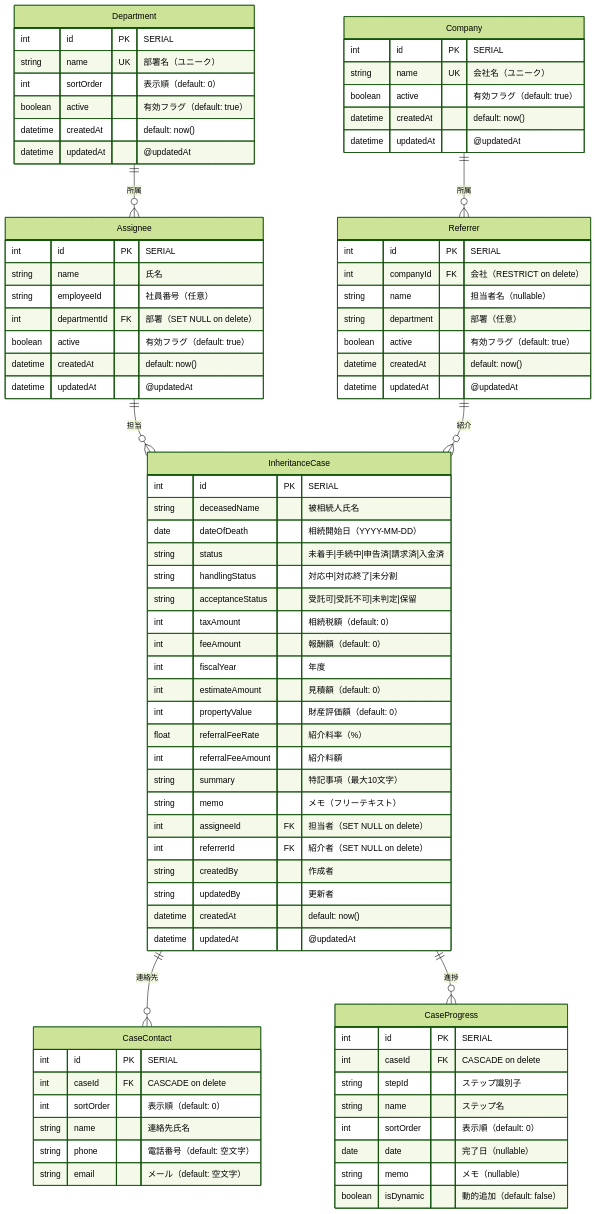
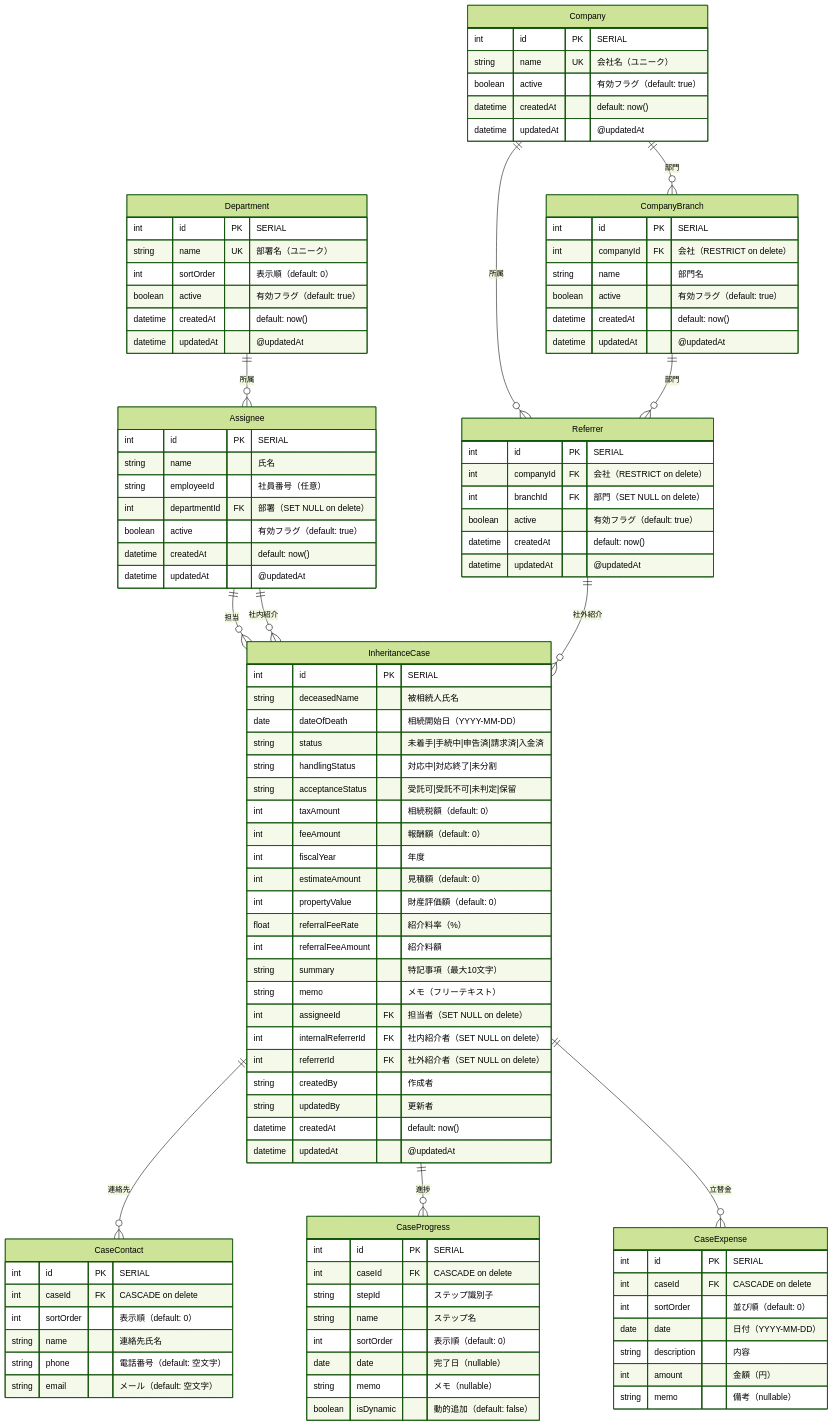
One commit to kojima1978/tax_apps changed the diagram in apps/inheritance-case-management/docs/database_schema.md. Above: the diagram before and after it, drawn with Mermaid (forest theme). The commit also changed other lines of this file and 24 other files, not shown here.

First line of the commit message:
feat(itcm): Referrer.department正規化 — CompanyBranchマスタテーブル追加

````diff
--- a/apps/inheritance-case-management/docs/database_schema.md
+++ b/apps/inheritance-case-management/docs/database_schema.md
@@ -5,11 +5,15 @@
 ```mermaid
 erDiagram
     Department ||--o{ Assignee : "所属"
+    Company ||--o{ CompanyBranch : "部門"
     Company ||--o{ Referrer : "所属"
+    CompanyBranch ||--o{ Referrer : "部門"
     Assignee ||--o{ InheritanceCase : "担当"
-    Referrer ||--o{ InheritanceCase : "紹介"
+    Assignee ||--o{ InheritanceCase : "社内紹介"
+    Referrer ||--o{ InheritanceCase : "社外紹介"
     InheritanceCase ||--o{ CaseContact : "連絡先"
     InheritanceCase ||--o{ CaseProgress : "進捗"
+    InheritanceCase ||--o{ CaseExpense : "立替金"
 
     Department {
         int id PK "SERIAL"
@@ -28,6 +32,15 @@
         datetime updatedAt "@updatedAt"
     }
 
+    CompanyBranch {
+        int id PK "SERIAL"
+        int companyId FK "会社（RESTRICT on delete）"
+        string name "部門名"
+        boolean active "有効フラグ（default: true）"
+        datetime createdAt "default: now()"
+        datetime updatedAt "@updatedAt"
+    }
+
     Assignee {
         int id PK "SERIAL"
         string name "氏名"
@@ -41,8 +54,7 @@
     Referrer {
         int id PK "SERIAL"
         int companyId FK "会社（RESTRICT on delete）"
-        string name "担当者名（nullable）"
-        string department "部署（任意）"
+        int branchId FK "部門（SET NULL on delete）"
         boolean active "有効フラグ（default: true）"
         datetime createdAt "default: now()"
         datetime updatedAt "@updatedAt"
@@ -65,7 +77,8 @@
         string summary "特記事項（最大10文字）"
         string memo "メモ（フリーテキスト）"
         int assigneeId FK "担当者（SET NULL on delete）"
-        int referrerId FK "紹介者（SET NULL on delete）"
+        int internalReferrerId FK "社内紹介者（SET NULL on delete）"
+        int referrerId FK "社外紹介者（SET NULL on delete）"
         string createdBy "作成者"
         string updatedBy "更新者"
         datetime createdAt "default: now()"
@@ -91,4 +104,14 @@
         string memo "メモ（nullable）"
         boolean isDynamic "動的追加（default: false）"
     }
+
+    CaseExpense {
+        int id PK "SERIAL"
+        int caseId FK "CASCADE on delete"
+        int sortOrder "並び順（default: 0）"
+        date date "日付（YYYY-MM-DD）"
+        string description "内容"
+        int amount "金額（円）"
+        string memo "備考（nullable）"
+    }
 ```
````
